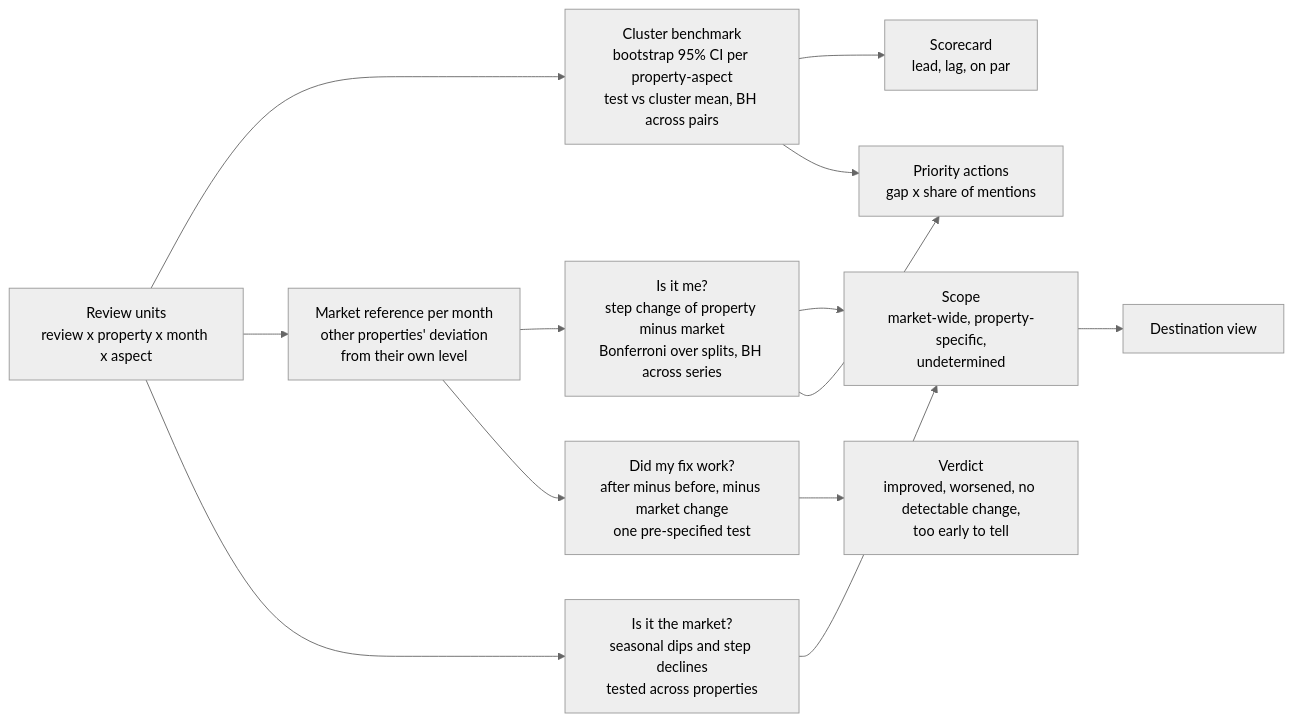
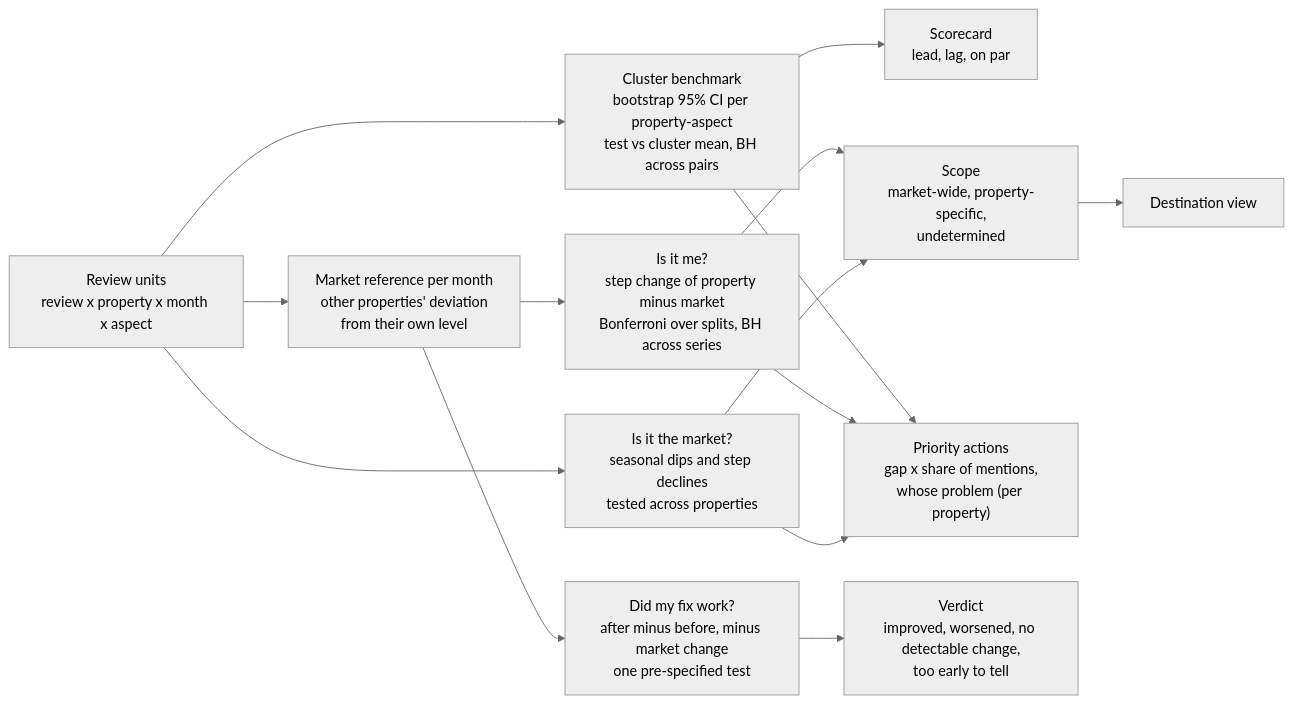
The fifth of 10 diagrams in README.md (AnubhavKiroula/cluster-review-intelligence), drawn with Mermaid (neutral theme) before and after one commit. The commit also changed other lines of this file and 5 other files, not shown here.

````diff
--- a/README.md
+++ b/README.md
@@ -241,15 +225,16 @@
 ```mermaid
 flowchart LR
     U["Review units<br/>review x property x month x aspect"] --> BM["Cluster benchmark<br/>bootstrap 95% CI per property-aspect<br/>test vs cluster mean, BH across pairs"]
     U --> MK["Market reference per month<br/>other properties' deviation<br/>from their own level"]
     MK --> ME["Is it me?<br/>step change of property minus market<br/>Bonferroni over splits, BH across series"]
     U --> MW["Is it the market?<br/>seasonal dips and step declines<br/>tested across properties"]
     MK --> FX["Did my fix work?<br/>after minus before, minus market change<br/>one pre-specified test"]
     BM --> OUT["Scorecard<br/>lead, lag, on par"]
     ME --> SC["Scope<br/>market-wide, property-specific,<br/>undetermined"]
     MW --> SC
-    BM --> PR["Priority actions<br/>gap x share of mentions"]
+    BM --> PR["Priority actions<br/>gap x share of mentions,<br/>whose problem (per property)"]
     ME --> PR
+    MW --> PR
     SC --> DV["Destination view"]
     FX --> VD["Verdict<br/>improved, worsened, no detectable change,<br/>too early to tell"]
 ```
````
